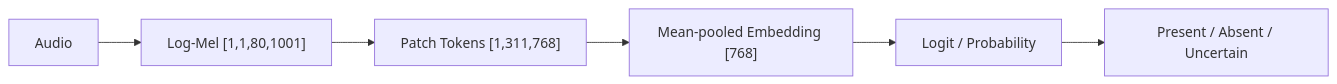
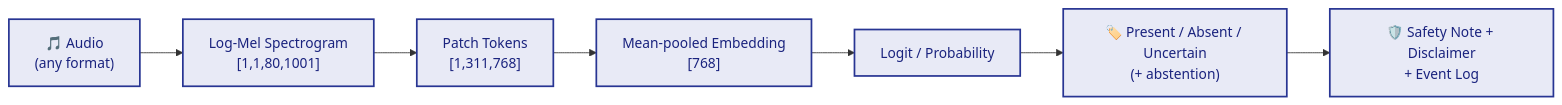
Before and after one commit to ahsanmandhar-ui/heart-murmur-pwa: the first of 4 diagrams in README.md, drawn with Mermaid. The commit also changed other lines of this file, not shown here.

Commit message:
Restore all mermaid diagrams in README

````diff
--- a/README.md
+++ b/README.md
@@ -25,4 +25,13 @@
 ```mermaid
 flowchart LR
-    AUD["Audio"] --> MEL["Log-Mel [1,1,80,1001]"] --> TOK["Patch Tokens [1,311,768]"] --> EMB["Mean-pooled Embedding [768]"] --> LOG["Logit / Probability"] --> LBL["Present / Absent / Uncertain"]
+    AUD["🎵 Audio<br/>(any format)"] 
+    --> MEL["Log-Mel Spectrogram<br/>[1,1,80,1001]"]
+    --> TOK["Patch Tokens<br/>[1,311,768]"]
+    --> EMB["Mean-pooled Embedding<br/>[768]"]
+    --> LOG["Logit / Probability"]
+    --> LBL["🏷️ Present / Absent / Uncertain<br/>(+ abstention)"]
+    --> SAFE["🛡️ Safety Note + Disclaimer<br/>+ Event Log"]
+
+    classDef step fill:#e8eaf6,stroke:#283593,stroke-width:2px,color:#1a237e;
+    class AUD,MEL,TOK,EMB,LOG,LBL,SAFE step;
 ```
````
